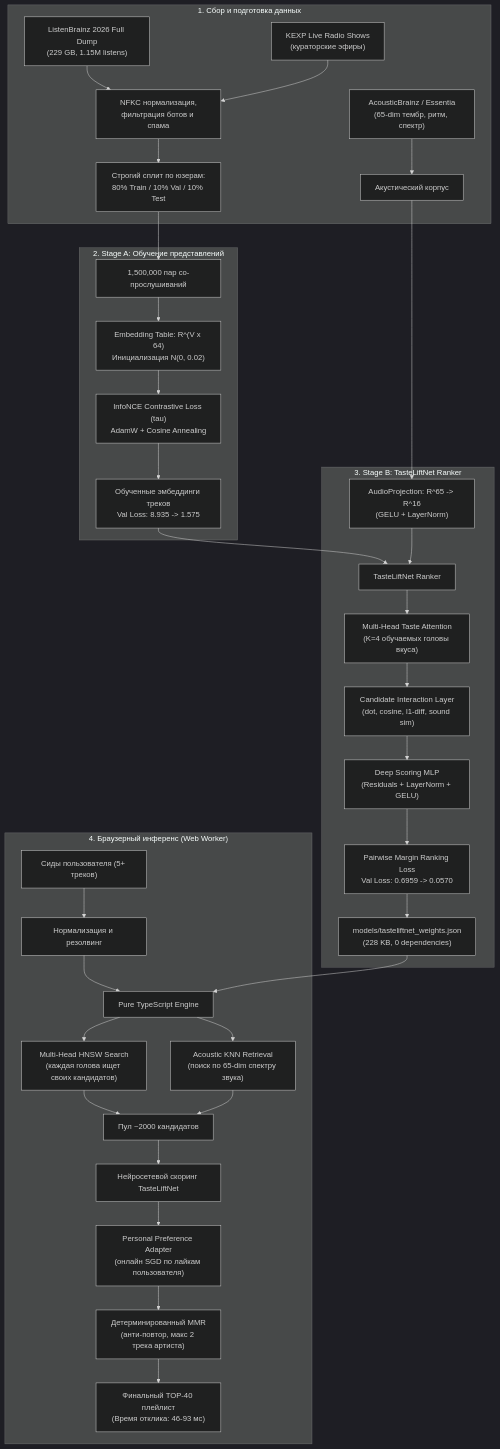
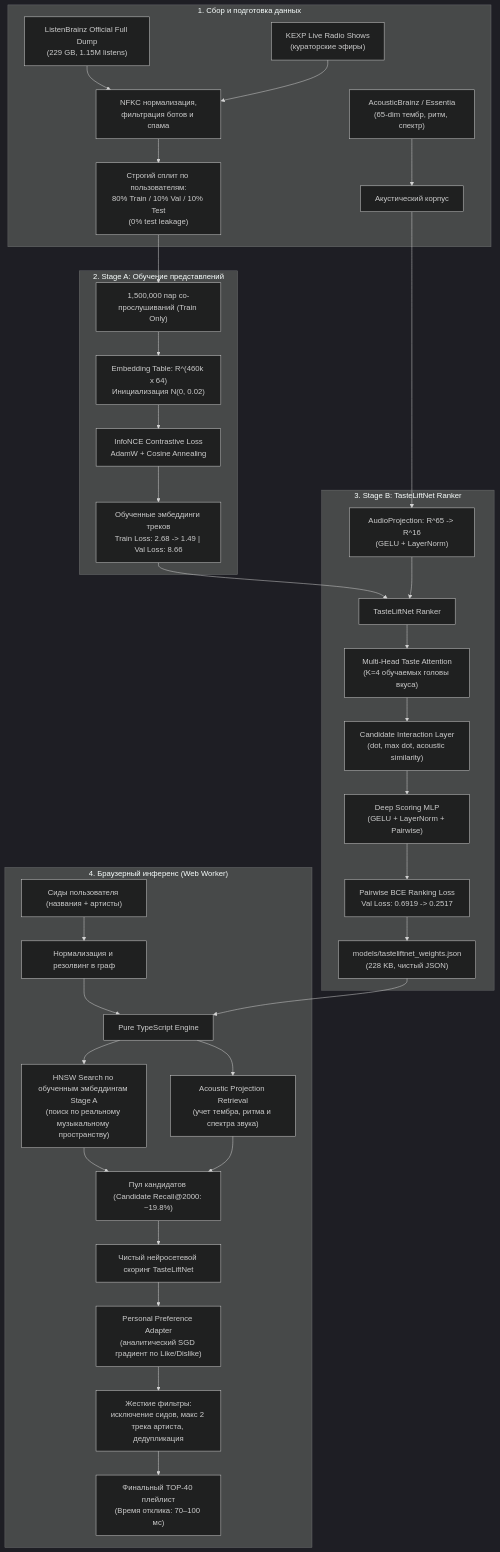
The diagram in README.md (vansGAMee/musicmylove), drawn with Mermaid (dark theme) before and after one commit. The commit also changed other lines of this file and 21 other files, not shown here.

````diff
--- a/README.md
+++ b/README.md
@@ -35,40 +36,40 @@
 ```mermaid
 flowchart TD
     subgraph DataPrep ["1. Сбор и подготовка данных"]
-        LB["ListenBrainz 2026 Full Dump\n(229 GB, 1.15M listens)"] --> Clean["NFKC нормализация,\nфильтрация ботов и спама"]
+        LB["ListenBrainz Official Full Dump\n(229 GB, 1.15M listens)"] --> Clean["NFKC нормализация,\nфильтрация ботов и спама"]
         KEXP["KEXP Live Radio Shows\n(кураторские эфиры)"] --> Clean
         AB["AcousticBrainz / Essentia\n(65-dim тембр, ритм, спектр)"] --> Sound["Акустический корпус"]
-        Clean --> Split["Строгий сплит по юзерам:\n80% Train / 10% Val / 10% Test"]
+        Clean --> Split["Строгий сплит по пользователям:\n80% Train / 10% Val / 10% Test\n(0% test leakage)"]
     end
 
     subgraph StageA ["2. Stage A: Обучение представлений"]
-        Split --> Pairs["1,500,000 пар со-прослушиваний"]
-        Pairs --> Emb["Embedding Table: R^(V x 64)\nИнициализация N(0, 0.02)"]
-        Emb --> InfoNCE["InfoNCE Contrastive Loss (tau)\nAdamW + Cosine Annealing"]
-        InfoNCE --> TrEmb["Обученные эмбеддинги треков\nVal Loss: 8.935 -> 1.575"]
+        Split --> Pairs["1,500,000 пар со-прослушиваний (Train Only)"]
+        Pairs --> Emb["Embedding Table: R^(460k x 64)\nИнициализация N(0, 0.02)"]
+        Emb --> InfoNCE["InfoNCE Contrastive Loss\nAdamW + Cosine Annealing"]
+        InfoNCE --> TrEmb["Обученные эмбеддинги треков\nTrain Loss: 2.68 -> 1.49 | Val Loss: 8.66"]
     end
 
     subgraph StageB ["3. Stage B: TasteLiftNet Ranker"]
         TrEmb --> RankModel["TasteLiftNet Ranker"]
         Sound --> Proj["AudioProjection: R^65 -> R^16\n(GELU + LayerNorm)"]
         Proj --> RankModel
         RankModel --> MHA["Multi-Head Taste Attention\n(K=4 обучаемых головы вкуса)"]
-        MHA --> Inter["Candidate Interaction Layer\n(dot, cosine, l1-diff, sound sim)"]
-        Inter --> MLP["Deep Scoring MLP\n(Residuals + LayerNorm + GELU)"]
-        MLP --> BPR["Pairwise Margin Ranking Loss\nVal Loss: 0.6959 -> 0.0570"]
-        BPR --> WeightsJSON["models/tasteliftnet_weights.json\n(228 KB, 0 dependencies)"]
+        MHA --> Inter["Candidate Interaction Layer\n(dot, max dot, acoustic similarity)"]
+        Inter --> MLP["Deep Scoring MLP\n(GELU + LayerNorm + Pairwise)"]
+        MLP --> BPR["Pairwise BCE Ranking Loss\nVal Loss: 0.6919 -> 0.2517"]
+        BPR --> WeightsJSON["models/tasteliftnet_weights.json\n(228 KB, чистый JSON)"]
     end
 
     subgraph ClientInference ["4. Браузерный инференс (Web Worker)"]
-        UserSeeds["Сиды пользователя (5+ треков)"] --> Norm["Нормализация и резолвинг"]
+        UserSeeds["Сиды пользователя (названия + артисты)"] --> Norm["Нормализация и резолвинг в граф"]
         Norm --> Worker["Pure TypeScript Engine"]
         WeightsJSON --> Worker
-        Worker --> HNSW_Search["Multi-Head HNSW Search\n(каждая голова ищет своих кандидатов)"]
-        Worker --> Sound_Search["Acoustic KNN Retrieval\n(поиск по 65-dim спектру звука)"]
-        HNSW_Search & Sound_Search --> Pool["Пул ~2000 кандидатов"]
-        Pool --> NNScore["Нейросетевой скоринг TasteLiftNet"]
-        NNScore --> Adapter["Personal Preference Adapter\n(онлайн SGD по лайкам пользователя)"]
-        Adapter --> MMR["Детерминированный MMR\n(анти-повтор, макс 2 трека артиста)"]
-        MMR --> Top40["Финальный TOP-40 плейлист\n(Время отклика: 46-93 мс)"]
+        Worker --> HNSW_Search["HNSW Search по обученным эмбеддингам Stage A\n(поиск по реальному музыкальному пространству)"]
+        Worker --> Sound_Search["Acoustic Projection Retrieval\n(учет тембра, ритма и спектра звука)"]
+        HNSW_Search & Sound_Search --> Pool["Пул кандидатов (Candidate Recall@2000: ~19.8%)"]
+        Pool --> NNScore["Чистый нейросетевой скоринг TasteLiftNet"]
+        NNScore --> Adapter["Personal Preference Adapter\n(аналитический SGD градиент по Like/Dislike)"]
+        Adapter --> Filters["Жесткие фильтры:\nисключение сидов, макс 2 трека артиста, дедупликация"]
+        Filters --> Top40["Финальный TOP-40 плейлист\n(Время отклика: 70–100 мс)"]
     end
 ```
````
